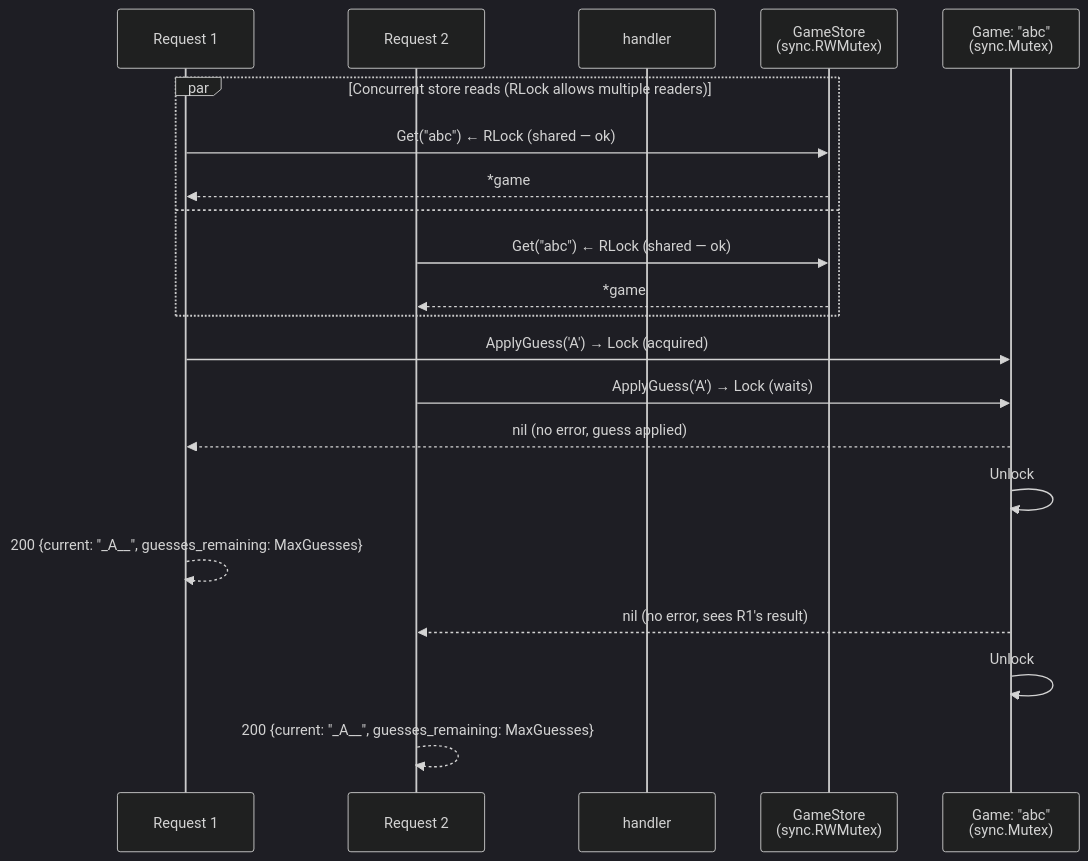
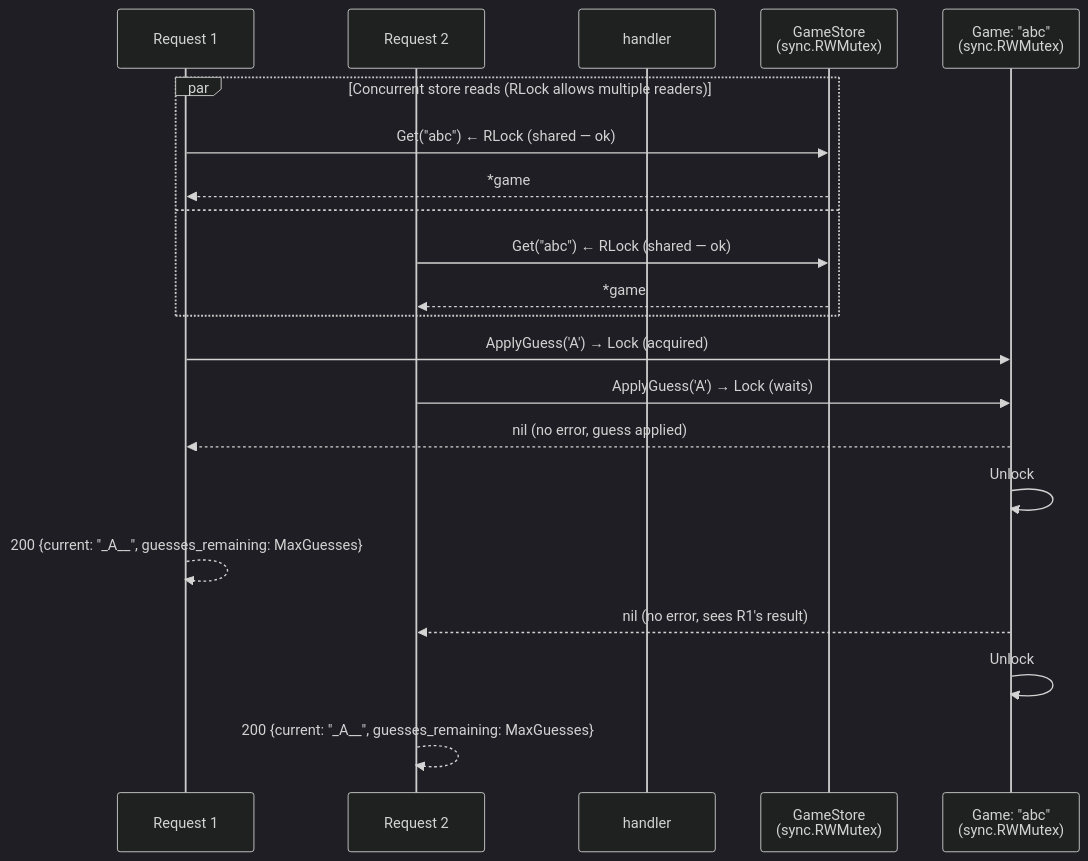
One commit to ajitm722/wordgame changed the second of 3 diagrams in code-structure.md. Above: the diagram before and after it, drawn with Mermaid (dark theme). The commit also changed other lines of this file and 2 other files, not shown here.

Commit message:
Updating to RWMutex for the game struct

````diff
--- a/code-structure.md
+++ b/code-structure.md
@@ -305,26 +305,26 @@
 ```mermaid
 sequenceDiagram
     participant R1 as Request 1
     participant R2 as Request 2
     participant Handler as handler
     participant Store as GameStore<br/>(sync.RWMutex)
-    participant Game as Game: "abc"<br/>(sync.Mutex)
+    participant Game as Game: "abc"<br/>(sync.RWMutex)
 
     par Concurrent store reads (RLock allows multiple readers)
         R1->>Store: Get("abc") ← RLock (shared — ok)
         Store-->>R1: *game
     and
         R2->>Store: Get("abc") ← RLock (shared — ok)
         Store-->>R2: *game
     end
 
     R1->>Game: ApplyGuess('A') → Lock (acquired)
     R2->>Game: ApplyGuess('A') → Lock (waits)
     Game-->>R1: nil (no error, guess applied)
     Game->>Game: Unlock
     R1-->>R1: 200 {current: "_A__", guesses_remaining: MaxGuesses}
 
     Game-->>R2: nil (no error, sees R1's result)
     Game->>Game: Unlock
     R2-->>R2: 200 {current: "_A__", guesses_remaining: MaxGuesses}
 ```
````
